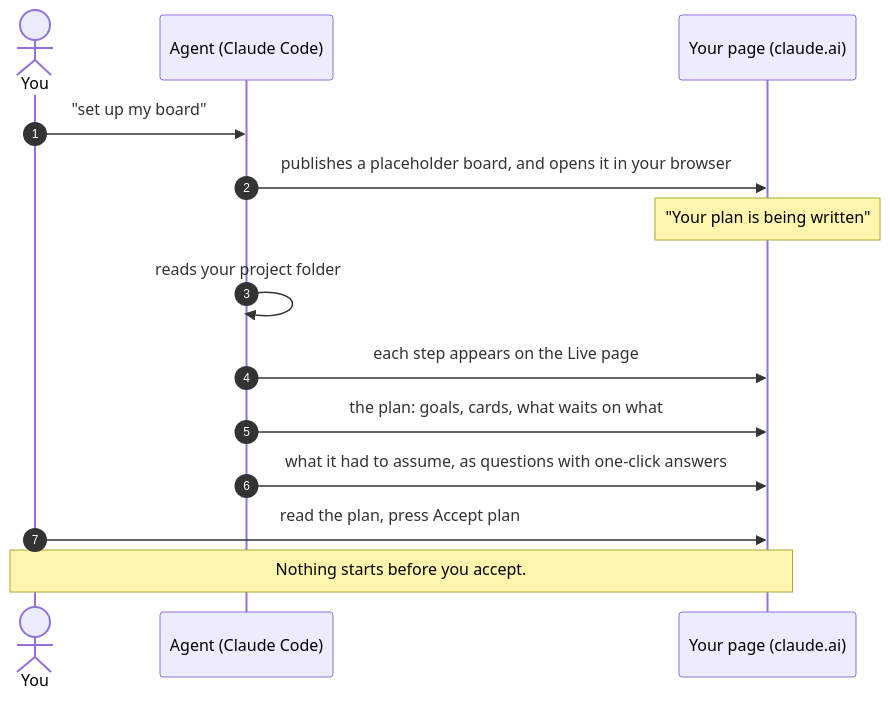
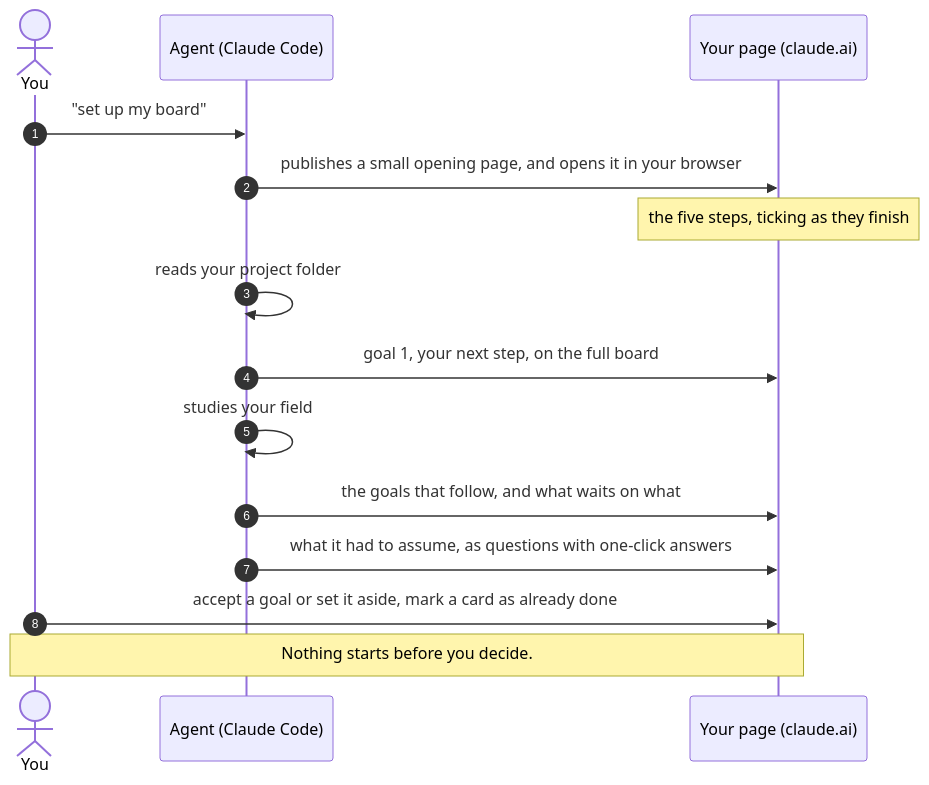
One commit to syedabbasshaheer-art/browser-agent changed the first of 2 diagrams in README.md. Above: the diagram before and after it, drawn with Mermaid. The commit also changed other lines of this file and 17 other files, not shown here.

Commit message:
Version 0.0.12: a page within seconds on a first run, and a request you can follow stop by stop

````diff
--- a/README.md
+++ b/README.md
@@ -164,16 +173,17 @@
 ```mermaid
 sequenceDiagram
     autonumber
     actor You
     participant Agent as Agent (Claude Code)
     participant Page as Your page (claude.ai)
     You->>Agent: "set up my board"
-    Agent->>Page: publishes a placeholder board, and opens it in your browser
-    Note over Page: "Your plan is being written"
+    Agent->>Page: publishes a small opening page, and opens it in your browser
+    Note over Page: the five steps, ticking as they finish
     Agent->>Agent: reads your project folder
-    Agent->>Page: each step appears on the Live page
-    Agent->>Page: the plan: goals, cards, what waits on what
+    Agent->>Page: goal 1, your next step, on the full board
+    Agent->>Agent: studies your field
+    Agent->>Page: the goals that follow, and what waits on what
     Agent->>Page: what it had to assume, as questions with one-click answers
-    You->>Page: read the plan, press Accept plan
-    Note over You,Page: Nothing starts before you accept.
+    You->>Page: accept a goal or set it aside, mark a card as already done
+    Note over You,Page: Nothing starts before you decide.
 ```
````
